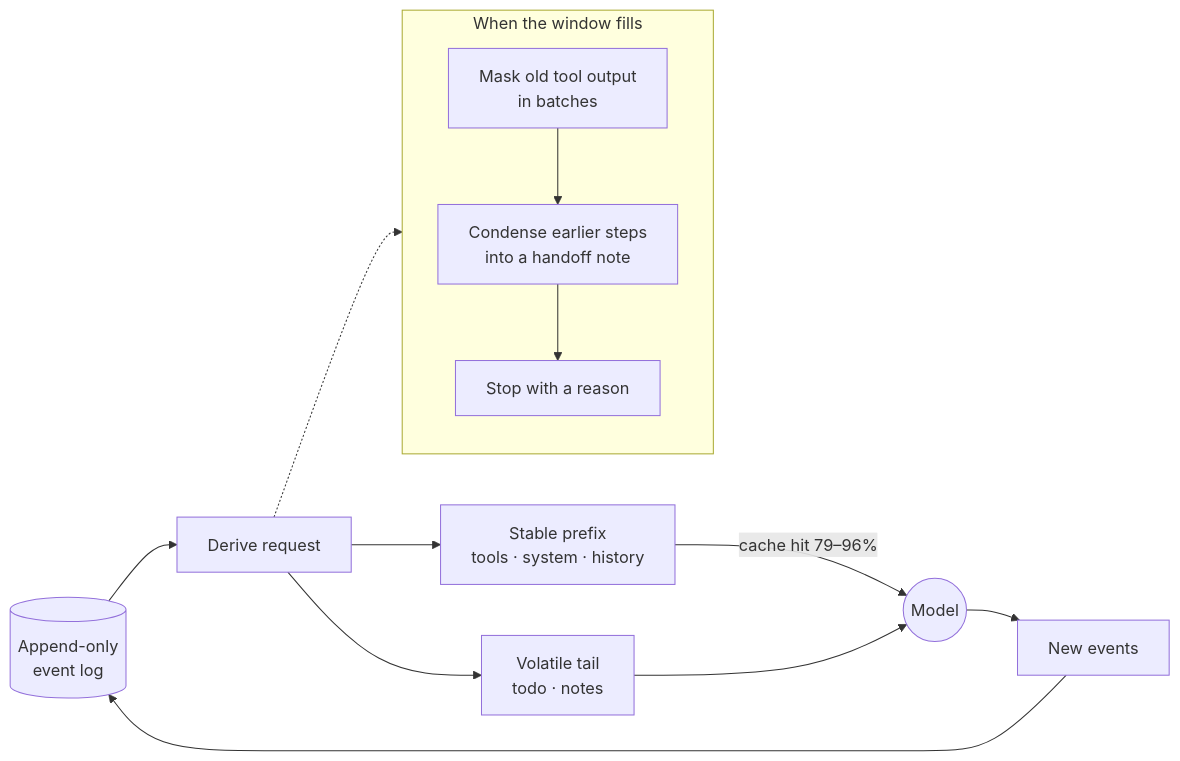
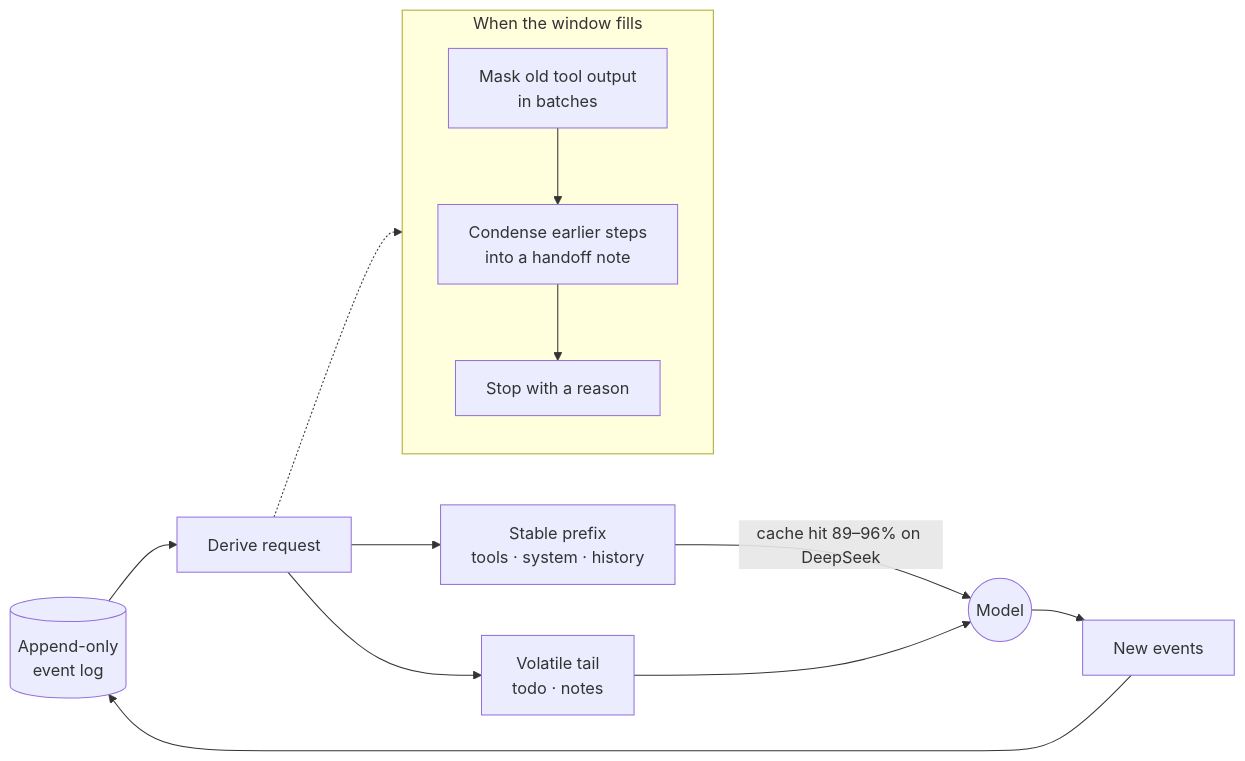
One commit to suhail-akhtar/aico changed the first of 2 diagrams in README.md. Above: the diagram before and after it, drawn with Mermaid. The commit also changed other lines of this file and 14 other files, not shown here.

````diff
--- a/README.md
+++ b/README.md
@@ -342,13 +345,13 @@
 ```mermaid
 flowchart LR
   L[(Append-only<br/>event log)] --> D[Derive request]
   D --> P["Stable prefix<br/>tools · system · history"]
-  P -->|cache hit 79–96%| M((Model))
+  P -->|cache hit 89–96% on DeepSeek| M((Model))
   D --> T["Volatile tail<br/>todo · notes"]
   T --> M
   M --> E[New events] --> L
   subgraph Pressure[" When the window fills "]
     K1[Mask old tool output<br/>in batches] --> K2[Condense earlier steps<br/>into a handoff note] --> K3[Stop with a reason]
   end
   D -.-> Pressure
 ```
````
